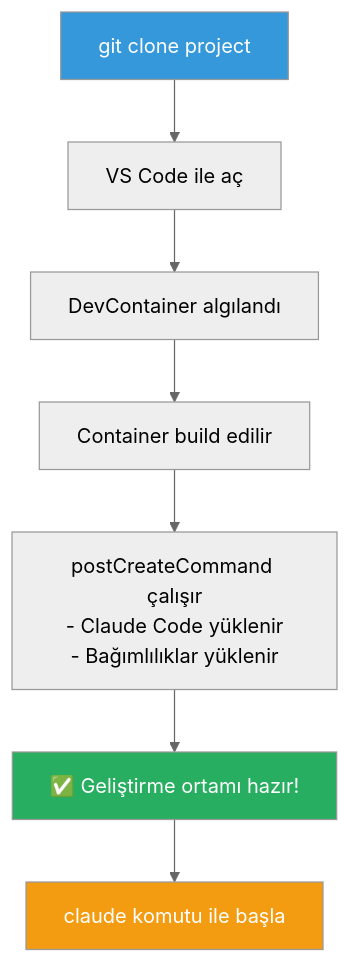
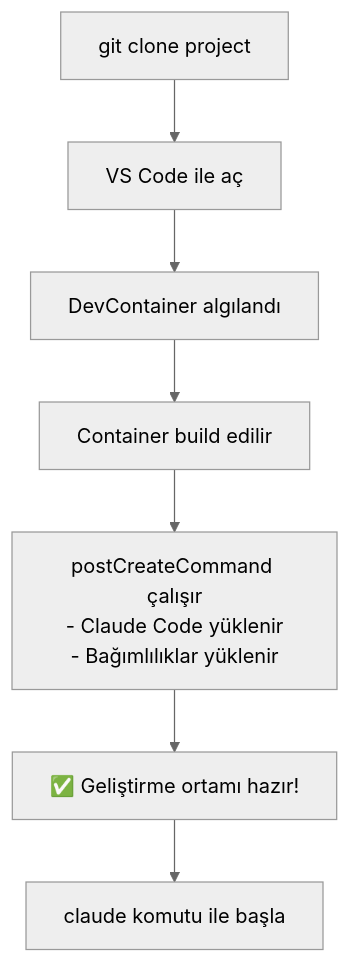
The fifth of 5 diagrams in 18-kurumsal-kullanim/07-devcontainer.md (IzzetYasinAtes/ClaudeCodeHandbook), drawn with Mermaid (neutral theme) before and after one commit. The commit also changed other lines of this file and 97 other files, not shown here.

Commit message:
Remove all custom Mermaid style/fill colors from 98 markdown files for consistent dark theme rendering

````diff
--- a/18-kurumsal-kullanim/07-devcontainer.md
+++ b/18-kurumsal-kullanim/07-devcontainer.md
@@ -330,13 +315,10 @@
 ```mermaid
 flowchart TD
     CLONE["git clone project"] --> OPEN["VS Code ile aç"]
     OPEN --> DETECT["DevContainer algılandı"]
     DETECT --> BUILD["Container build edilir"]
     BUILD --> SETUP["postCreateCommand çalışır<br/>- Claude Code yüklenir<br/>- Bağımlılıklar yüklenir"]
     SETUP --> READY["✅ Geliştirme ortamı hazır!"]
     READY --> CLAUDE["claude komutu ile başla"]
 
-    style CLONE fill:#3498DB,color:#fff
-    style READY fill:#27AE60,color:#fff
-    style CLAUDE fill:#F39C12,color:#fff
 ```
````
